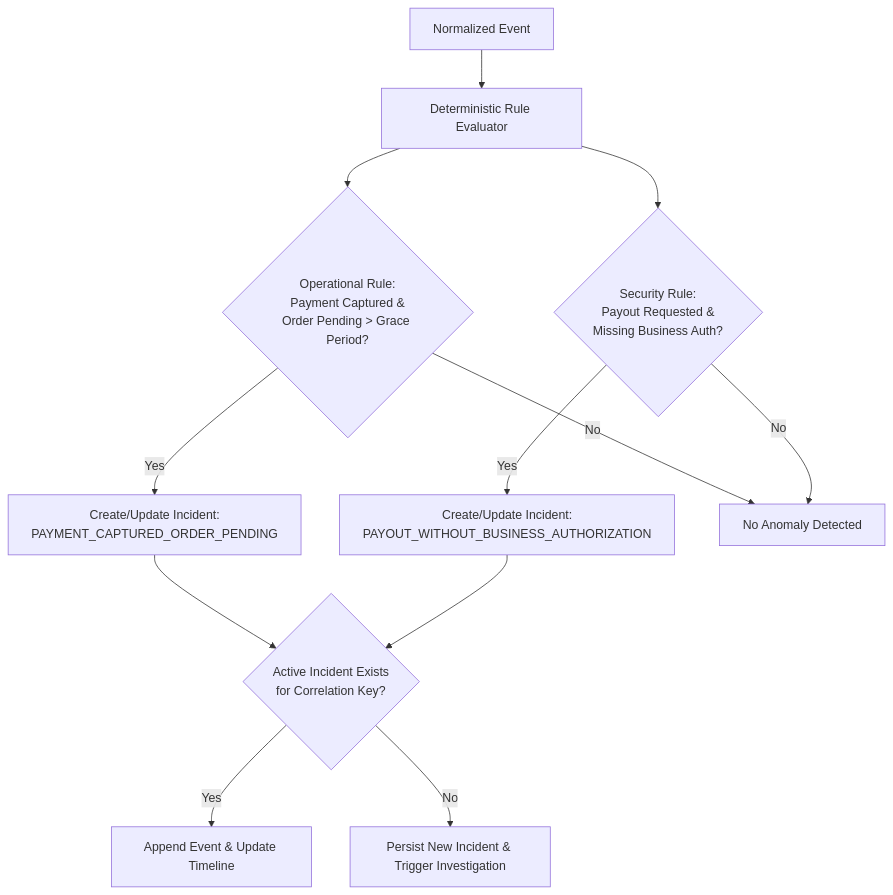
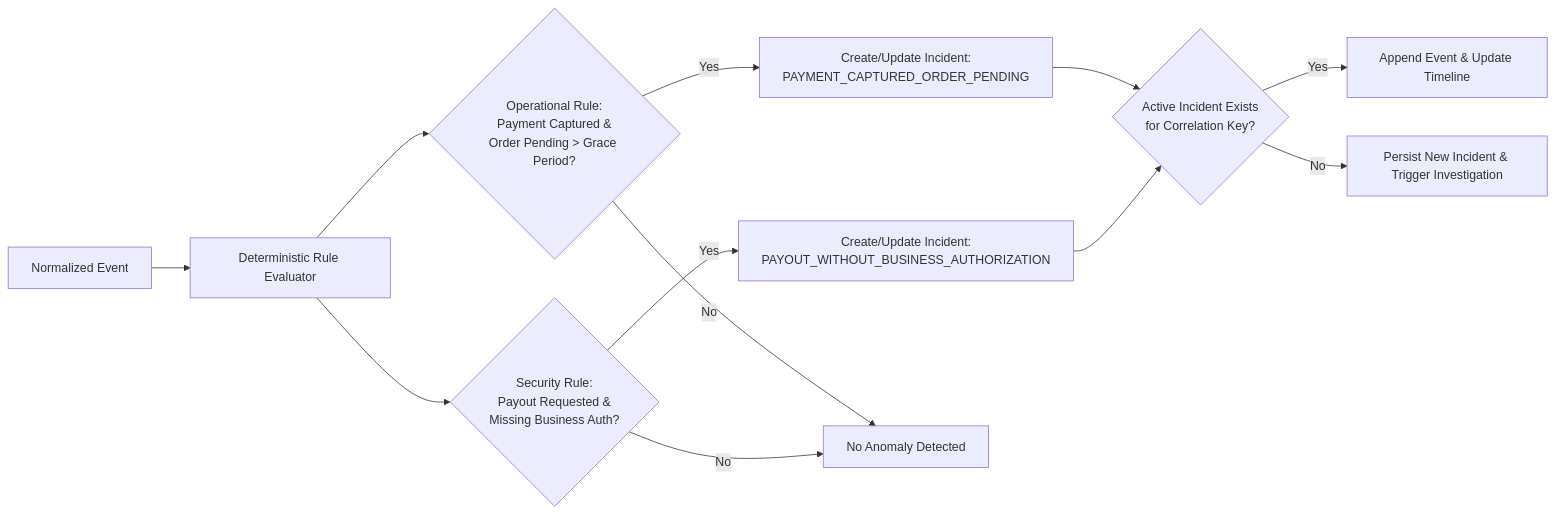
The diagram in deltix_docs/services/03-detection-incident-service.md (Kavisharora12/DelTix), drawn with Mermaid before and after one commit. The commit also changed 8 other files, not shown here.

````diff
--- a/deltix_docs/services/03-detection-incident-service.md
+++ b/deltix_docs/services/03-detection-incident-service.md
@@ -7,16 +7,16 @@
 ```mermaid
-flowchart TD
+flowchart LR
     EVT["Normalized Event"] --> EVAL["Deterministic Rule Evaluator"]
     EVAL --> RULE1{"Operational Rule:\nPayment Captured &\nOrder Pending > Grace Period?"}
     EVAL --> RULE2{"Security Rule:\nPayout Requested &\nMissing Business Auth?"}
     
     RULE1 -->|Yes| INC1["Create/Update Incident:\nPAYMENT_CAPTURED_ORDER_PENDING"]
     RULE2 -->|Yes| INC2["Create/Update Incident:\nPAYOUT_WITHOUT_BUSINESS_AUTHORIZATION"]
     RULE1 -->|No| OK["No Anomaly Detected"]
     RULE2 -->|No| OK
 
     INC1 --> DEDUP{"Active Incident Exists\nfor Correlation Key?"}
     INC2 --> DEDUP
     DEDUP -->|Yes| APPEND["Append Event & Update Timeline"]
     DEDUP -->|No| CREATE["Persist New Incident & Trigger Investigation"]
 ```
````
